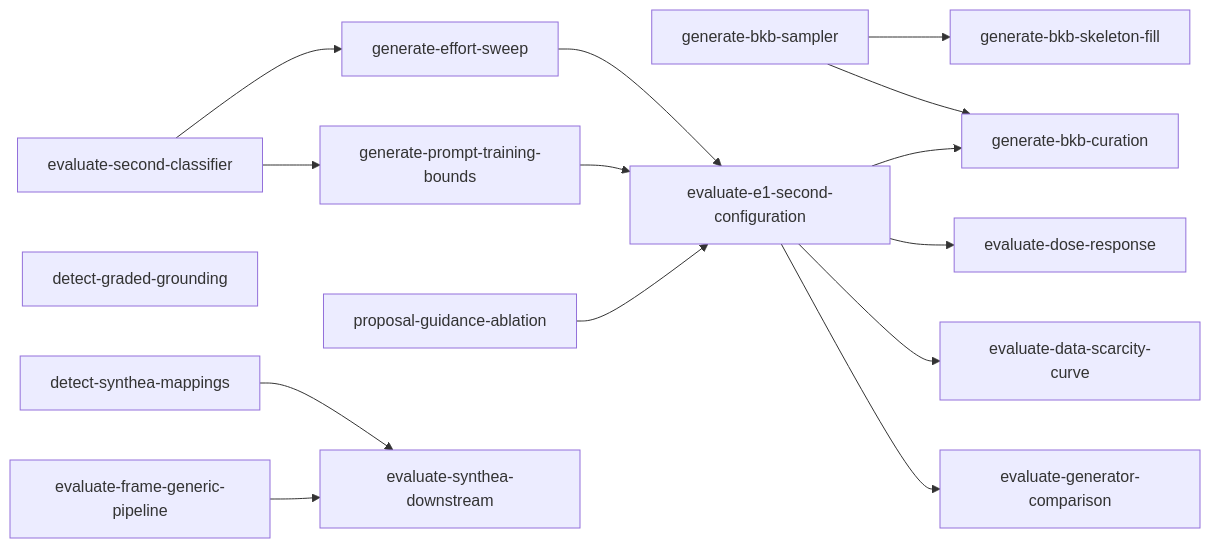
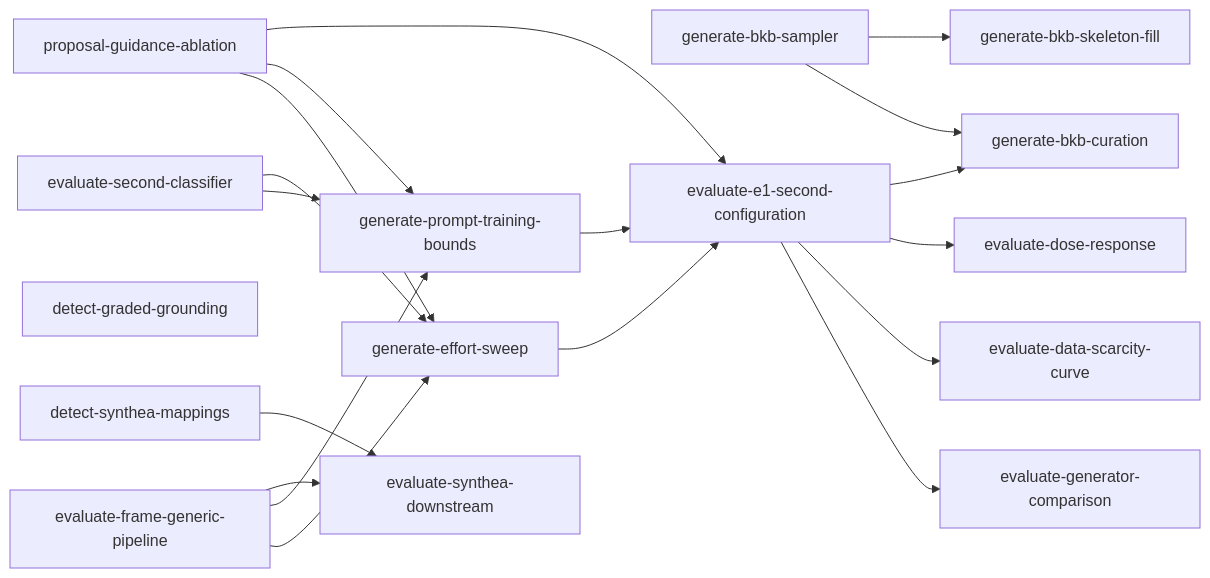
Before and after one commit to joe-dartmouth/synthetic: the diagram in tasks/experiments-index.md, drawn with Mermaid. The commit also changed other lines of this file and 8 other files, not shown here.

````diff
--- a/tasks/experiments-index.md
+++ b/tasks/experiments-index.md
@@ -52,17 +52,21 @@
 ```mermaid
 flowchart LR
     second_classifier[evaluate-second-classifier] --> effort_sweep[generate-effort-sweep]
     second_classifier[evaluate-second-classifier] --> prompt_bounds[generate-prompt-training-bounds]
     bkb_sampler[generate-bkb-sampler] --> skeleton_fill[generate-bkb-skeleton-fill]
     bkb_sampler[generate-bkb-sampler] --> bkb_curation[generate-bkb-curation]
     e1_second[evaluate-e1-second-configuration] --> bkb_curation[generate-bkb-curation]
     guidance_ablation[proposal-guidance-ablation] --> e1_second[evaluate-e1-second-configuration]
+    guidance_ablation[proposal-guidance-ablation] --> prompt_bounds[generate-prompt-training-bounds]
+    guidance_ablation[proposal-guidance-ablation] --> effort_sweep[generate-effort-sweep]
     prompt_bounds[generate-prompt-training-bounds] --> e1_second[evaluate-e1-second-configuration]
     effort_sweep[generate-effort-sweep] --> e1_second[evaluate-e1-second-configuration]
     e1_second[evaluate-e1-second-configuration] --> dose_response[evaluate-dose-response]
     e1_second[evaluate-e1-second-configuration] --> scarcity_curve[evaluate-data-scarcity-curve]
     e1_second[evaluate-e1-second-configuration] --> generator_comparison[evaluate-generator-comparison]
     graded_grounding[detect-graded-grounding]
     synthea_mappings[detect-synthea-mappings] --> synthea_downstream[evaluate-synthea-downstream]
     frame_generic[evaluate-frame-generic-pipeline] --> synthea_downstream[evaluate-synthea-downstream]
+    frame_generic[evaluate-frame-generic-pipeline] --> prompt_bounds[generate-prompt-training-bounds]
+    frame_generic[evaluate-frame-generic-pipeline] --> effort_sweep[generate-effort-sweep]
 ```
````
